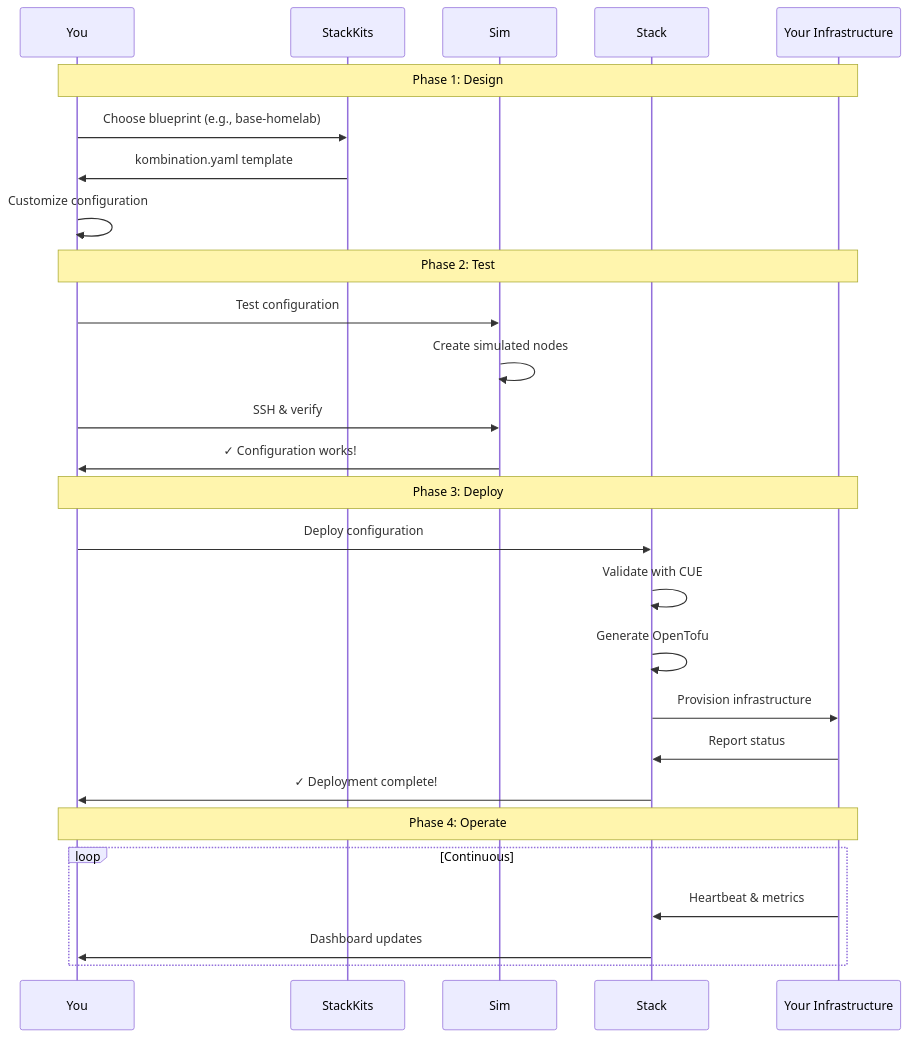
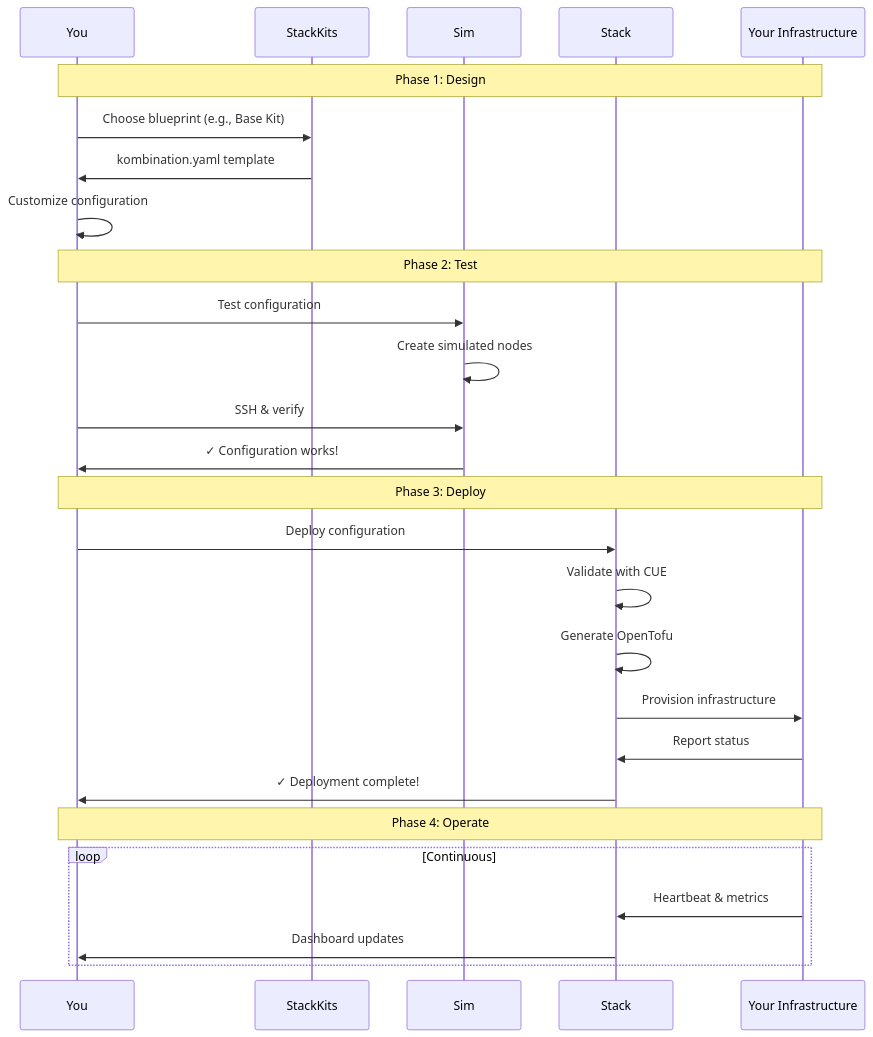
Before and after one commit to KombiverseLabs/docs: the second of 8 diagrams in ecosystem.mdx, drawn with Mermaid. The commit also changed 14 other files, not shown here.

````diff
--- a/ecosystem.mdx
+++ b/ecosystem.mdx
@@ -81,33 +81,33 @@
 ```mermaid
 sequenceDiagram
     participant You
     participant StackKits as StackKits
     participant Sim as Sim
     participant Stack as Stack
     participant Infra as Your Infrastructure
     
     Note over You,Infra: Phase 1: Design
-    You->>StackKits: Choose blueprint (e.g., base-homelab)
+    You->>StackKits: Choose blueprint (e.g., Base Kit)
     StackKits->>You: kombination.yaml template
     You->>You: Customize configuration
     
     Note over You,Infra: Phase 2: Test
     You->>Sim: Test configuration
     Sim->>Sim: Create simulated nodes
     You->>Sim: SSH & verify
     Sim->>You: ✓ Configuration works!
     
     Note over You,Infra: Phase 3: Deploy
     You->>Stack: Deploy configuration
     Stack->>Stack: Validate with CUE
     Stack->>Stack: Generate OpenTofu
     Stack->>Infra: Provision infrastructure
     Infra->>Stack: Report status
     Stack->>You: ✓ Deployment complete!
     
     Note over You,Infra: Phase 4: Operate
     loop Continuous
         Infra->>Stack: Heartbeat & metrics
         Stack->>You: Dashboard updates
     end
 ```
````
